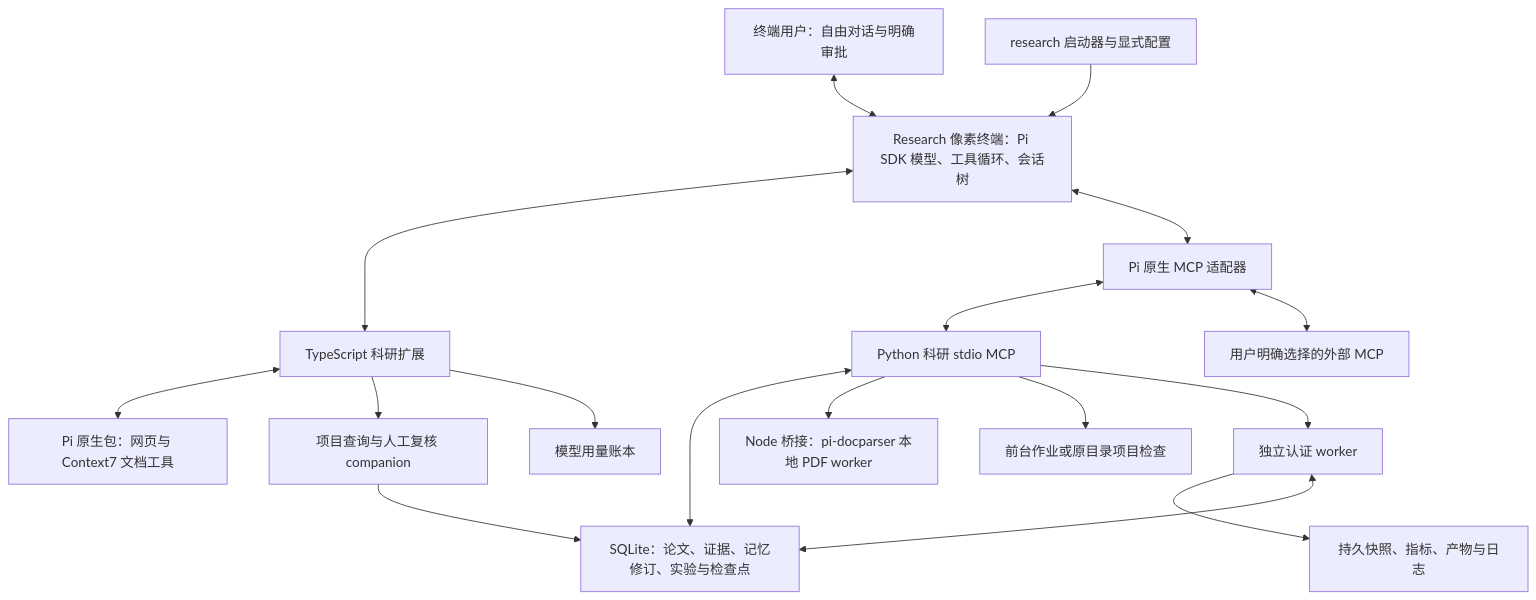
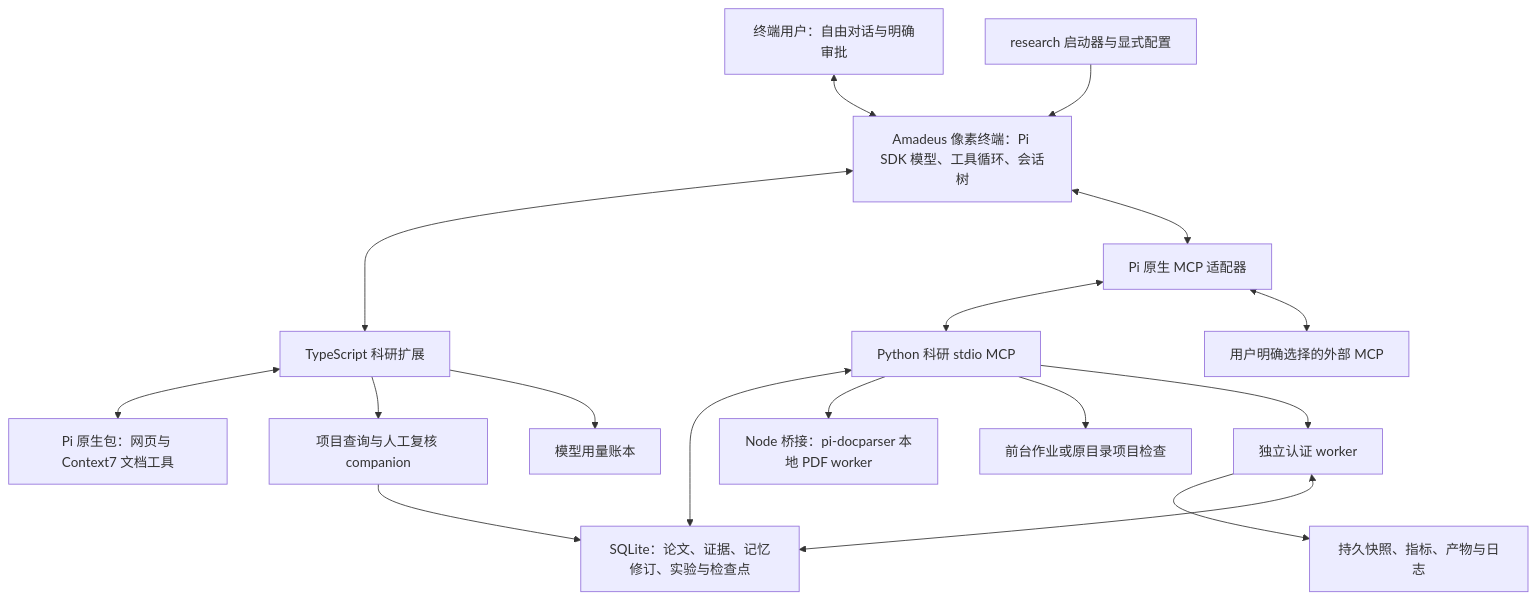
The diagram in docs/architecture.md (zhengye123188/amadeus), drawn with Mermaid before and after one commit. The commit also changed other lines of this file and 48 other files, not shown here.

````diff
--- a/docs/architecture.md
+++ b/docs/architecture.md
@@ -5,19 +7,19 @@
 ```mermaid
 flowchart TD
-    U[终端用户：自由对话与明确审批] <--> P[Research 像素终端：Pi SDK 模型、工具循环、会话树]
+    U[终端用户：自由对话与明确审批] <--> P[Amadeus 像素终端：Pi SDK 模型、工具循环、会话树]
     L[research 启动器与显式配置] --> P
     P <--> X[TypeScript 科研扩展]
     X <--> N[Pi 原生包：网页与 Context7 文档工具]
     P <--> M[Pi 原生 MCP 适配器]
     M <--> B[Python 科研 stdio MCP]
     M <--> E[用户明确选择的外部 MCP]
     B <--> D[SQLite：论文、证据、记忆修订、实验与检查点]
     B --> F[Node 桥接：pi-docparser 本地 PDF worker]
     B --> J[前台作业或原目录项目检查]
     B --> W[独立认证 worker]
     W --> R[持久快照、指标、产物与日志]
     W <--> D
     X --> Q[项目查询与人工复核 companion]
     Q --> D
     X --> A[模型用量账本]
 ```
````
